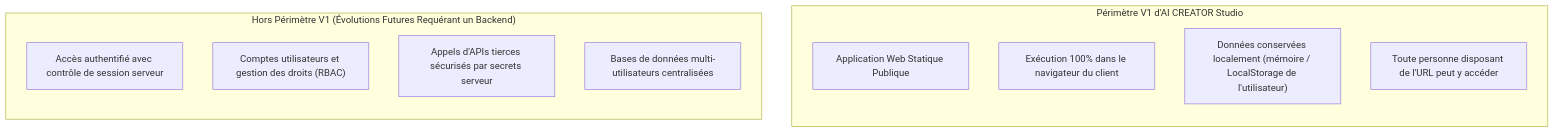
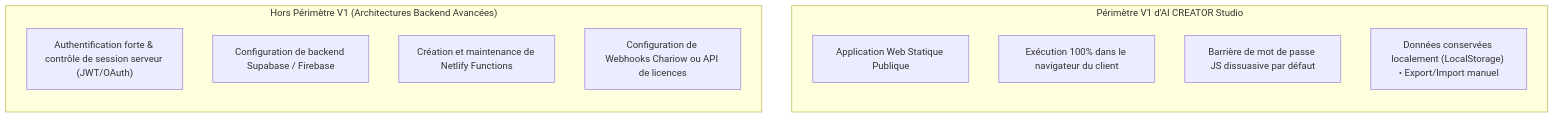
Before and after one commit to Kreesten-hsh/AI_CREATOR_STUDIO: the sixth of 11 diagrams in docs/COURSE_PRD.md, drawn with Mermaid. The commit also changed other lines of this file and 2 other files, not shown here.

````diff
--- a/docs/COURSE_PRD.md
+++ b/docs/COURSE_PRD.md
@@ -706,18 +702,18 @@
 ```mermaid
 flowchart TD
     subgraph ScopeV1["Périmètre V1 d'AI CREATOR Studio"]
         direction TB
         A1["Application Web Statique Publique"]
         A2["Exécution 100% dans le navigateur du client"]
-        A3["Données conservées localement (mémoire / LocalStorage de l'utilisateur)"]
-        A4["Toute personne disposant de l'URL peut y accéder"]
+        A3["Barrière de mot de passe JS dissuasive par défaut"]
+        A4["Données conservées localement (LocalStorage) • Export/Import manuel"]
     end
     
-    subgraph OutScopeV1["Hors Périmètre V1 (Évolutions Futures Requérant un Backend)"]
+    subgraph OutScopeV1["Hors Périmètre V1 (Architectures Backend Avancées)"]
         direction TB
-        B1["Accès authentifié avec contrôle de session serveur"]
-        B2["Comptes utilisateurs et gestion des droits (RBAC)"]
-        B3["Appels d'APIs tierces sécurisés par secrets serveur"]
-        B4["Bases de données multi-utilisateurs centralisées"]
+        B1["Authentification forte & contrôle de session serveur (JWT/OAuth)"]
+        B2["Configuration de backend Supabase / Firebase"]
+        B3["Création et maintenance de Netlify Functions"]
+        B4["Configuration de Webhooks Chariow ou API de licences"]
     end
 ```
````
